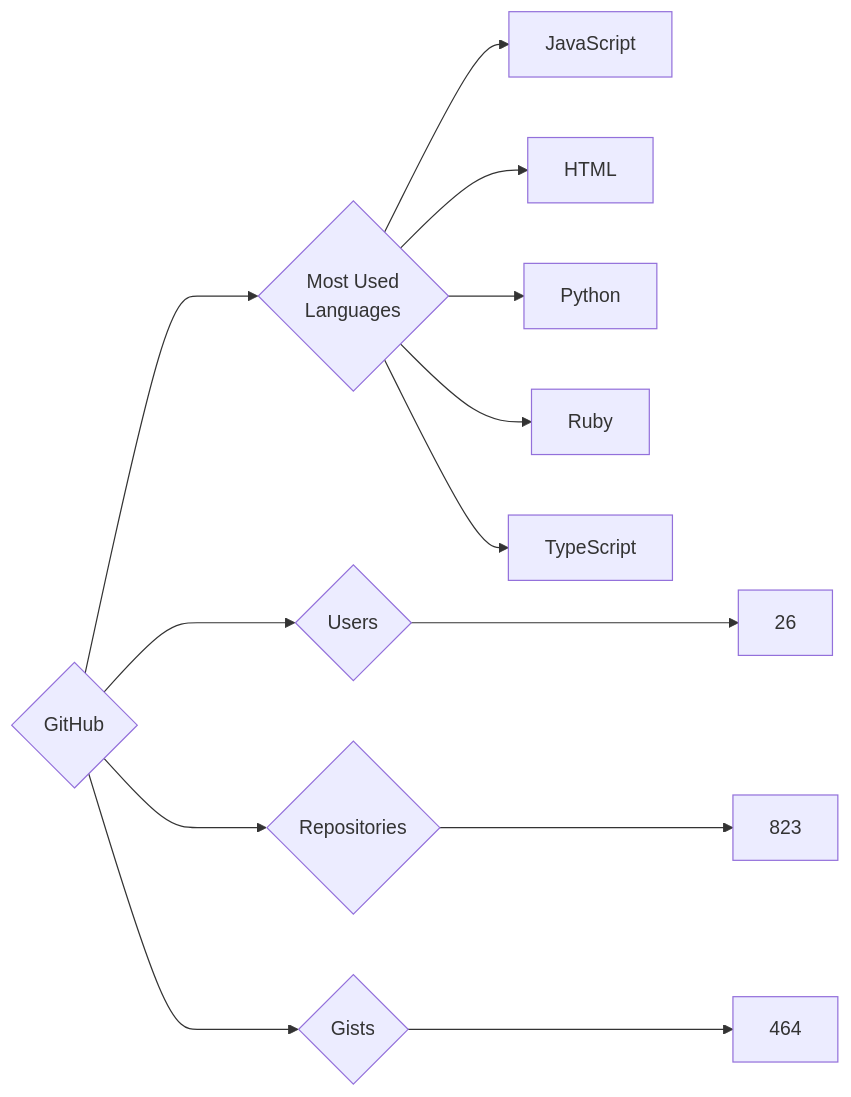
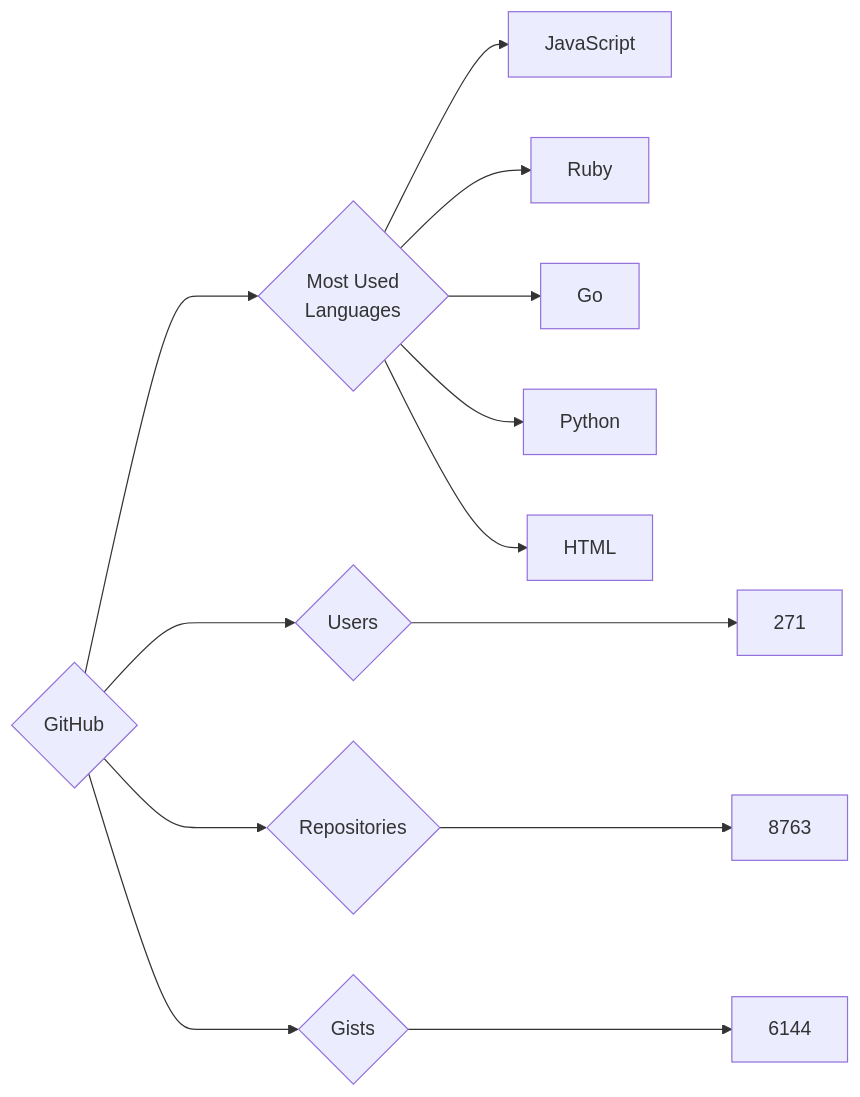
Before and after one commit to trickest/insiders: the diagram in targets/GitHub/README.md, drawn with Mermaid. The commit also changed 775 other files, not shown here.

````diff
--- a/targets/GitHub/README.md
+++ b/targets/GitHub/README.md
@@ -3,13 +3,13 @@
 ```mermaid
 graph LR
 COMPANY_NAME{GitHub}
-COMPANY_NAME ---> U{Users} ---> UN[26]
-COMPANY_NAME ---> R{Repositories} ---> RN[823]
-COMPANY_NAME ---> G{Gists} ---> GN[464]
+COMPANY_NAME ---> U{Users} ---> UN[271]
+COMPANY_NAME ---> R{Repositories} ---> RN[8763]
+COMPANY_NAME ---> G{Gists} ---> GN[6144]
 COMPANY_NAME ---> ML{Most Used<br>Languages}
 ML --> JavaScript[JavaScript]
+ML --> Ruby[Ruby]
+ML --> Go[Go]
+ML --> Python[Python]
 ML --> HTML[HTML]
-ML --> Python[Python]
-ML --> Ruby[Ruby]
-ML --> TypeScript[TypeScript]
 ```
````
